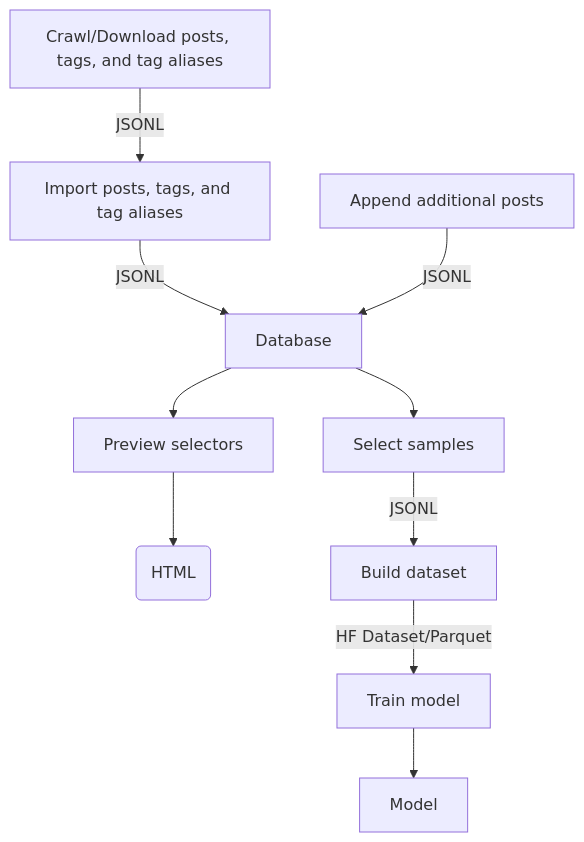
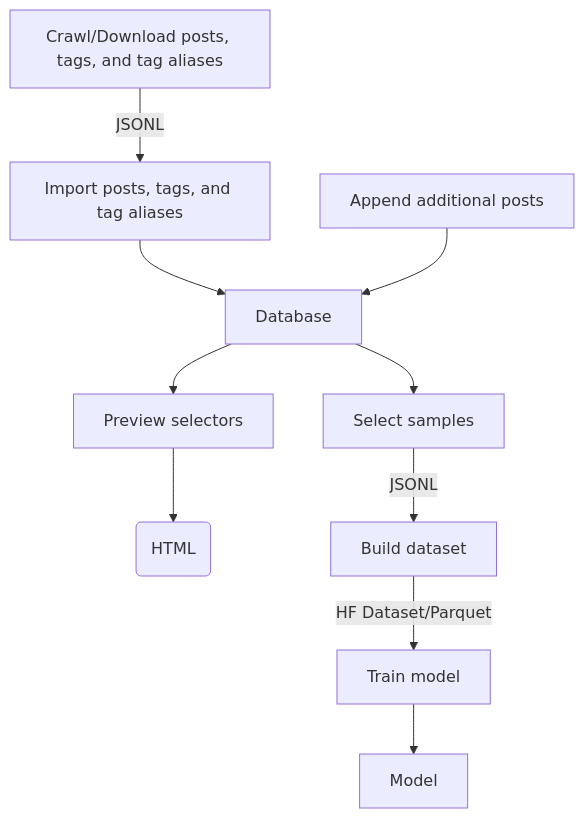
One commit to hearmeneigh/dataset-rising changed the diagram in README.md. Above: the diagram before and after it, drawn with Mermaid. The commit also changed other lines of this file and 6 other files, not shown here.

````diff
--- a/README.md
+++ b/README.md
@@ -318,12 +312,12 @@
 ```mermaid
 flowchart TD
     CRAWL[Crawl/Download posts, tags, and tag aliases] -- JSONL --> IMPORT
-    IMPORT[Import posts, tags, and tag aliases] -- JSONL --> STORE
-    APPEND[Append additional posts] -- JSONL --> STORE
+    IMPORT[Import posts, tags, and tag aliases] --> STORE
+    APPEND[Append additional posts] --> STORE
     STORE[Database] --> PREVIEW
     STORE --> SELECT
     PREVIEW[Preview selectors] --> HTML(HTML)
     SELECT[Select samples] -- JSONL --> BUILD
     BUILD[Build dataset] -- HF Dataset/Parquet --> TRAIN
     TRAIN[Train model] --> MODEL[Model]
 ```
````
